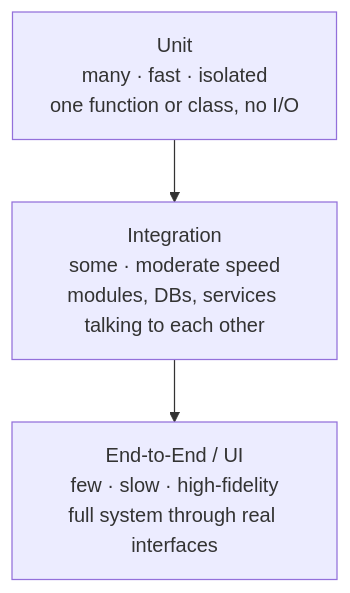
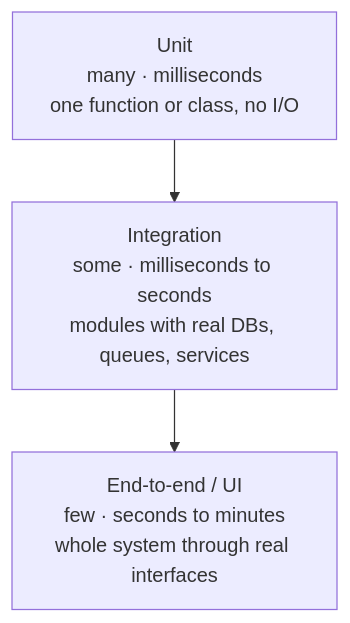
The first of 2 diagrams in github-pages/docs/testing/index.md (AndrewAltimit/Documentation), drawn with Mermaid before and after one commit. The commit also changed other lines of this file and 240 other files, not shown here.

````diff
--- a/github-pages/docs/testing/index.md
+++ b/github-pages/docs/testing/index.md
@@ -30,7 +31,7 @@
 ```mermaid
 flowchart TD
-    E2E["End-to-End / UI<br/>few · slow · high-fidelity<br/>full system through real interfaces"]
-    INT["Integration<br/>some · moderate speed<br/>modules, DBs, services talking to each other"]
-    UNIT["Unit<br/>many · fast · isolated<br/>one function or class, no I/O"]
+    E2E["End-to-end / UI<br/>few · seconds to minutes<br/>whole system through real interfaces"]
+    INT["Integration<br/>some · milliseconds to seconds<br/>modules with real DBs, queues, services"]
+    UNIT["Unit<br/>many · milliseconds<br/>one function or class, no I/O"]
     UNIT --> INT --> E2E
 ```
````
